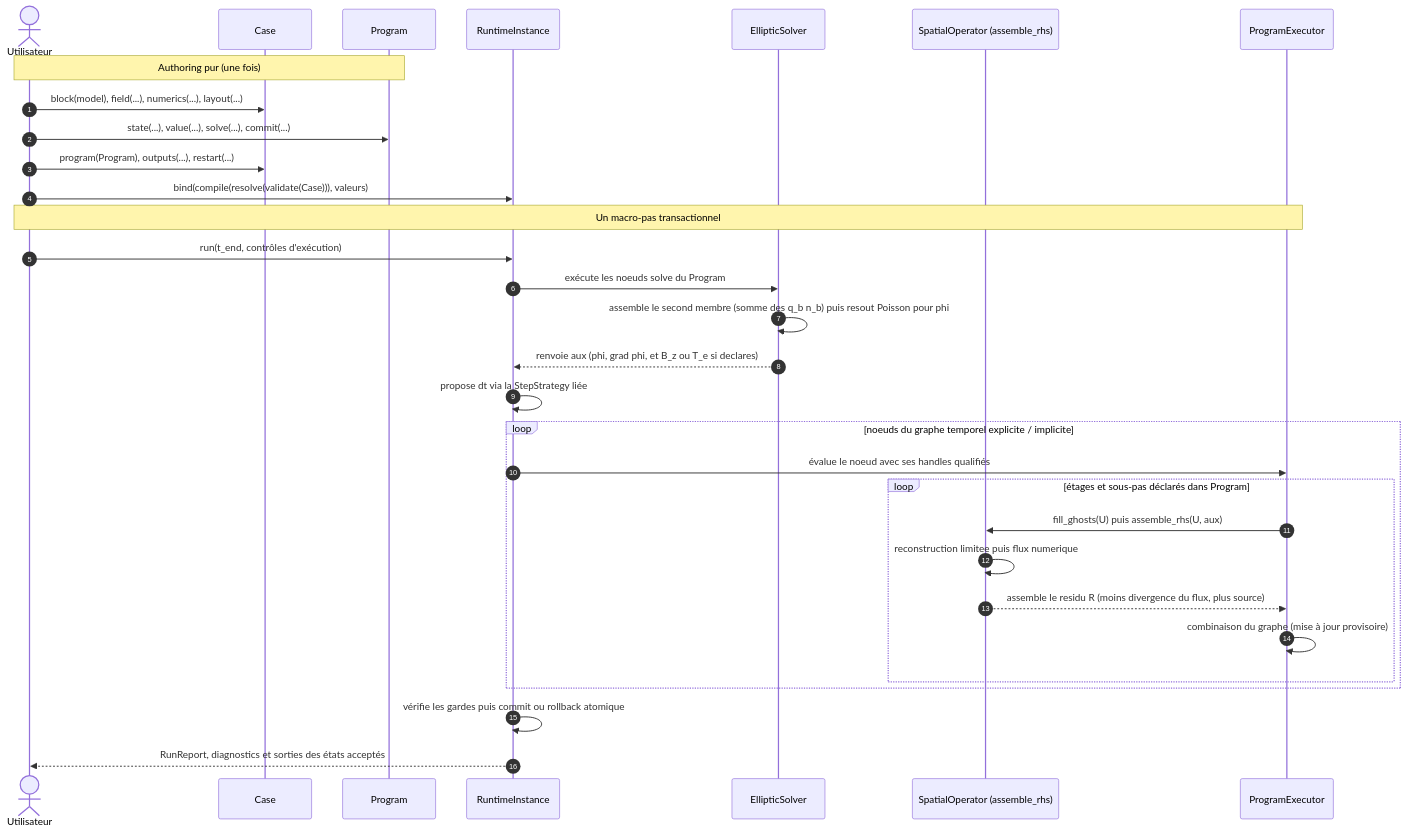
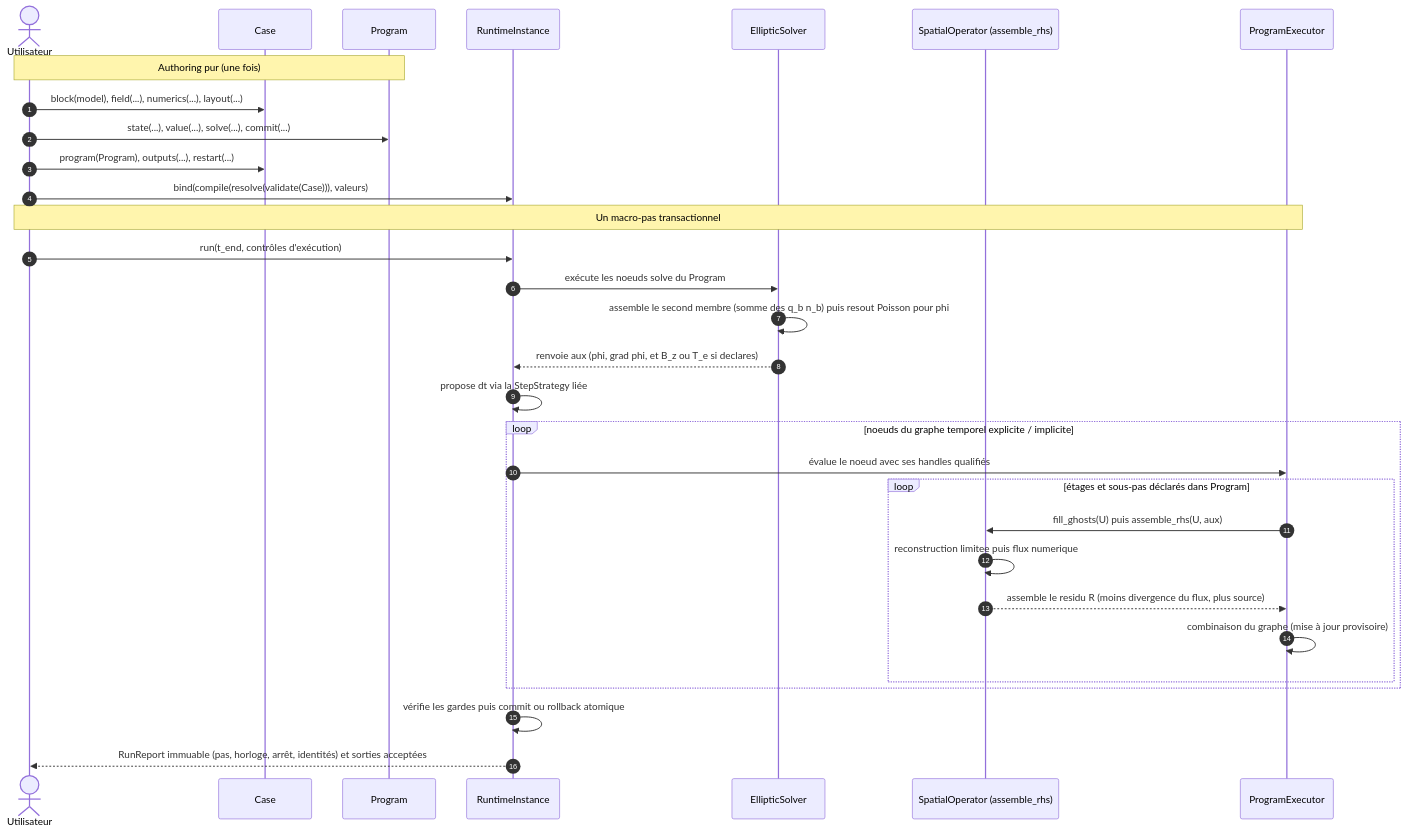
The third of 4 diagrams in docs/ARCHITECTURE.md (wolf75222/PoPS), drawn with Mermaid before and after one commit. The commit also changed other lines of this file and 666 other files, not shown here.

Commit message:
Implement final operator-first PoPS architecture

````diff
--- a/docs/ARCHITECTURE.md
+++ b/docs/ARCHITECTURE.md
@@ -434,36 +435,36 @@
 ```mermaid
 sequenceDiagram
     autonumber
     actor Utilisateur
     participant Case
     participant Program
     participant Runtime as RuntimeInstance
     participant EllipticSolver as EllipticSolver
     participant SpatialOperator as SpatialOperator (assemble_rhs)
     participant Executor as ProgramExecutor
 
     Note over Utilisateur,Program: Authoring pur (une fois)
     Utilisateur->>Case: block(model), field(...), numerics(...), layout(...)
     Utilisateur->>Program: state(...), value(...), solve(...), commit(...)
     Utilisateur->>Case: program(Program), outputs(...), restart(...)
     Utilisateur->>Runtime: bind(compile(resolve(validate(Case))), valeurs)
 
     Note over Utilisateur,Executor: Un macro-pas transactionnel
     Utilisateur->>Runtime: run(t_end, contrôles d'exécution)
     Runtime->>EllipticSolver: exécute les noeuds solve du Program
     EllipticSolver->>EllipticSolver: assemble le second membre (somme des q_b n_b) puis resout Poisson pour phi
     EllipticSolver-->>Runtime: renvoie aux (phi, grad phi, et B_z ou T_e si declares)
     Runtime->>Runtime: propose dt via la StepStrategy liée
 
     loop noeuds du graphe temporel explicite / implicite
         Runtime->>Executor: évalue le noeud avec ses handles qualifiés
         loop étages et sous-pas déclarés dans Program
             Executor->>SpatialOperator: fill_ghosts(U) puis assemble_rhs(U, aux)
             SpatialOperator->>SpatialOperator: reconstruction limitee puis flux numerique
             SpatialOperator-->>Executor: assemble le residu R (moins divergence du flux, plus source)
             Executor->>Executor: combinaison du graphe (mise à jour provisoire)
         end
     end
     Runtime->>Runtime: vérifie les gardes puis commit ou rollback atomique
-    Runtime-->>Utilisateur: RunReport, diagnostics et sorties des états acceptés
+    Runtime-->>Utilisateur: RunReport immuable (pas, horloge, arrêt, identités) et sorties acceptées
 ```
````
